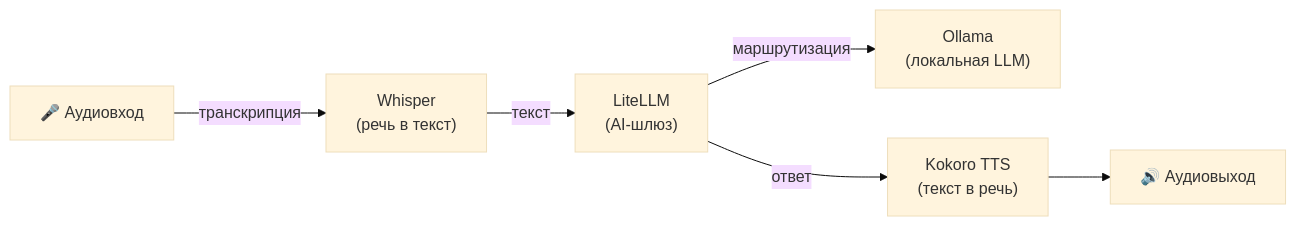
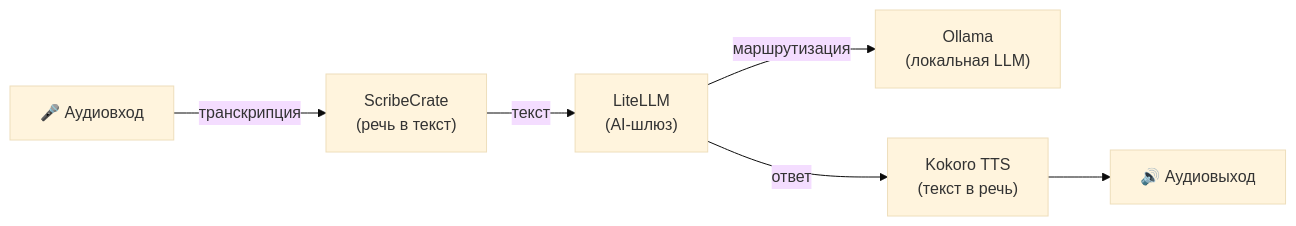
One commit to hwdsl2/self-hosted-ai-stack changed the diagram in stacks/voice-pipeline/README-ru.md. Above: the diagram before and after it, drawn with Mermaid (base theme). The commit also changed other lines of this file and 19 other files, not shown here.

````diff
--- a/stacks/voice-pipeline/README-ru.md
+++ b/stacks/voice-pipeline/README-ru.md
@@ -17,8 +17,8 @@
 ```mermaid
 graph LR
-    A["🎤 Аудиовход"] -->|транскрипция| W["Whisper<br/>(речь в текст)"]
+    A["🎤 Аудиовход"] -->|транскрипция| W["ScribeCrate<br/>(речь в текст)"]
     W -->|текст| L["LiteLLM<br/>(AI-шлюз)"]
     L -->|маршрутизация| O["Ollama<br/>(локальная LLM)"]
     L -->|ответ| T["Kokoro TTS<br/>(текст в речь)"]
     T --> B["🔊 Аудиовыход"]
 ```
````
